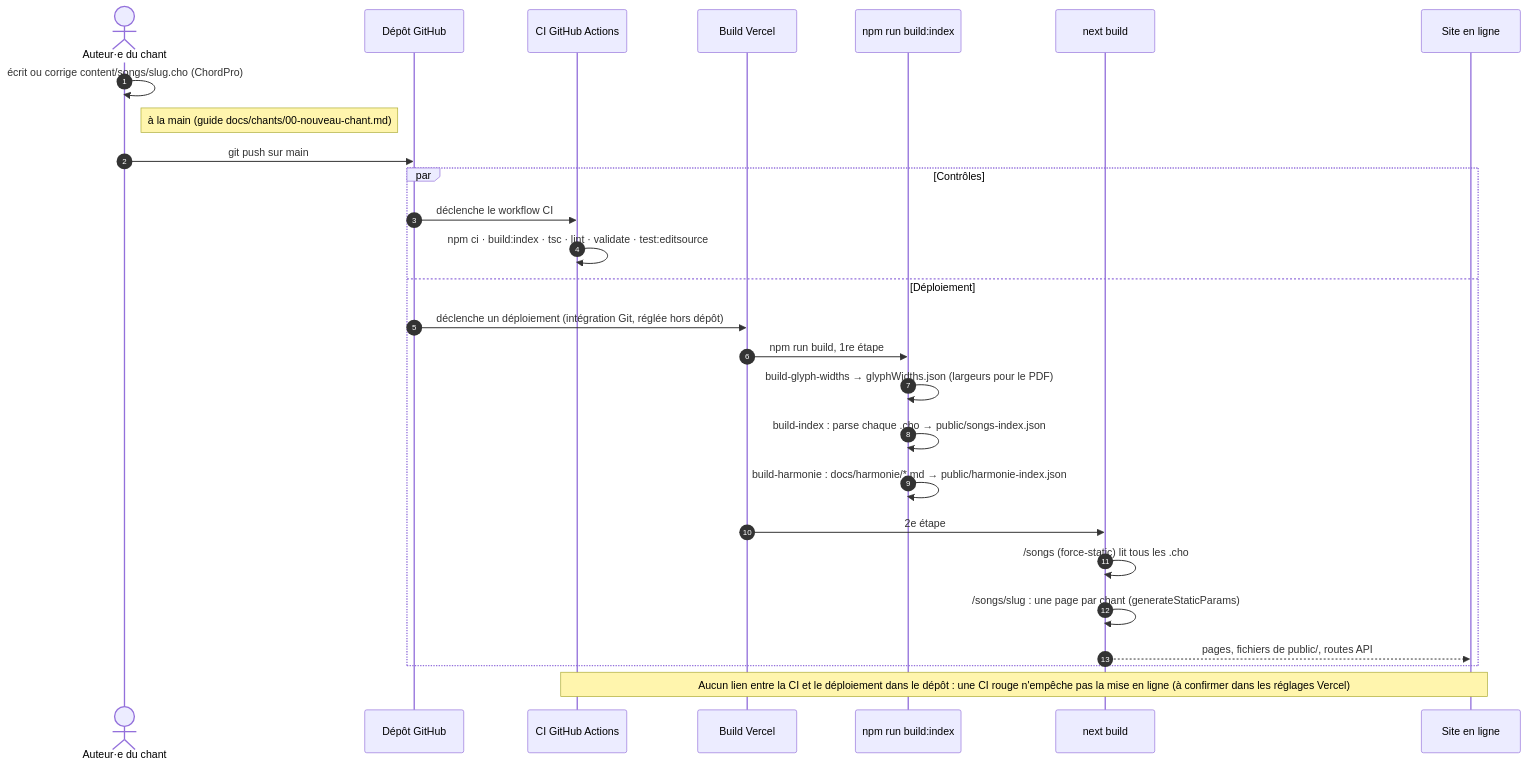
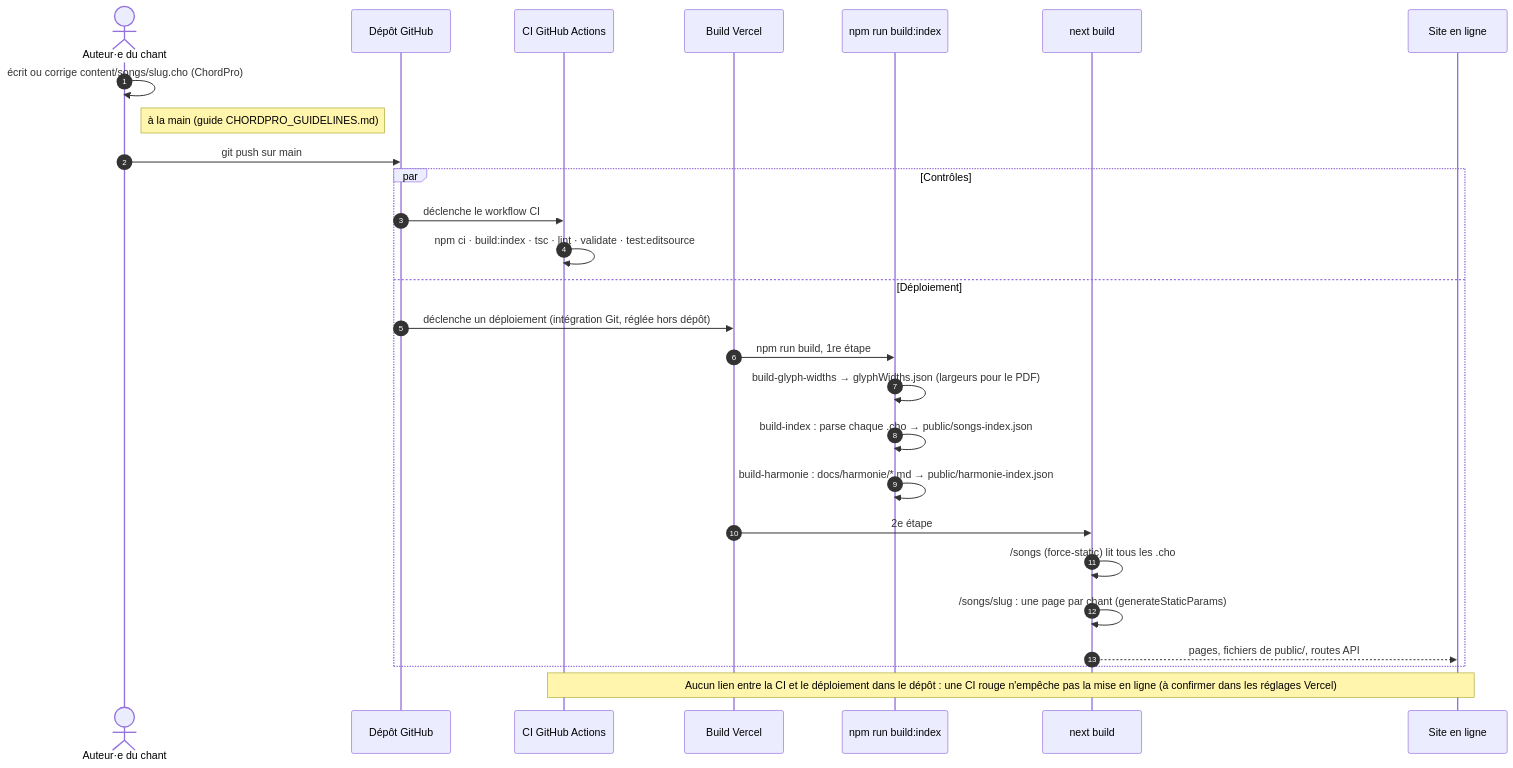
The third of 27 diagrams in docs/ARCHITECTURE.md (gcccfranco/GCC), drawn with Mermaid before and after one commit. The commit also changed other lines of this file and 39 other files, not shown here.

First line of the commit message:
B6c (corrections de l'audit) : ARCHITECTURE.md par ses sources, ligne PWA du CLAUDE.md

````diff
--- a/docs/ARCHITECTURE.md
+++ b/docs/ARCHITECTURE.md
@@ -143,29 +143,29 @@
 ```mermaid
 sequenceDiagram
   autonumber
   actor Auteur as Auteur·e du chant
   participant Git as Dépôt GitHub
   participant CI as CI GitHub Actions
   participant VB as Build Vercel
   participant IDX as npm run build:index
   participant NX as next build
   participant WEB as Site en ligne
   Auteur->>Auteur: écrit ou corrige content/songs/slug.cho (ChordPro)
-  Note right of Auteur: à la main (guide docs/chants/00-nouveau-chant.md)
+  Note right of Auteur: à la main (guide CHORDPRO_GUIDELINES.md)
   Auteur->>Git: git push sur main
   par Contrôles
     Git->>CI: déclenche le workflow CI
     CI->>CI: npm ci · build:index · tsc · lint · validate · test:editsource
   and Déploiement
     Git->>VB: déclenche un déploiement (intégration Git, réglée hors dépôt)
     VB->>IDX: npm run build, 1re étape
     IDX->>IDX: build-glyph-widths → glyphWidths.json (largeurs pour le PDF)
     IDX->>IDX: build-index : parse chaque .cho → public/songs-index.json
     IDX->>IDX: build-harmonie : docs/harmonie/*.md → public/harmonie-index.json
     VB->>NX: 2e étape
     NX->>NX: /songs (force-static) lit tous les .cho
     NX->>NX: /songs/slug : une page par chant (generateStaticParams)
     NX-->>WEB: pages, fichiers de public/, routes API
   end
   Note over CI,WEB: Aucun lien entre la CI et le déploiement dans le dépôt : une CI rouge n'empêche pas la mise en ligne (à confirmer dans les réglages Vercel)
 ```
````
